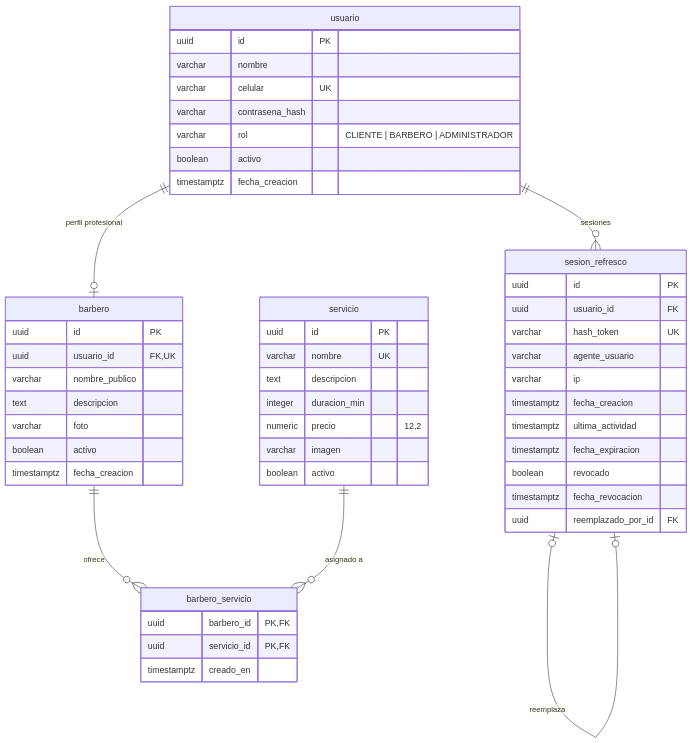
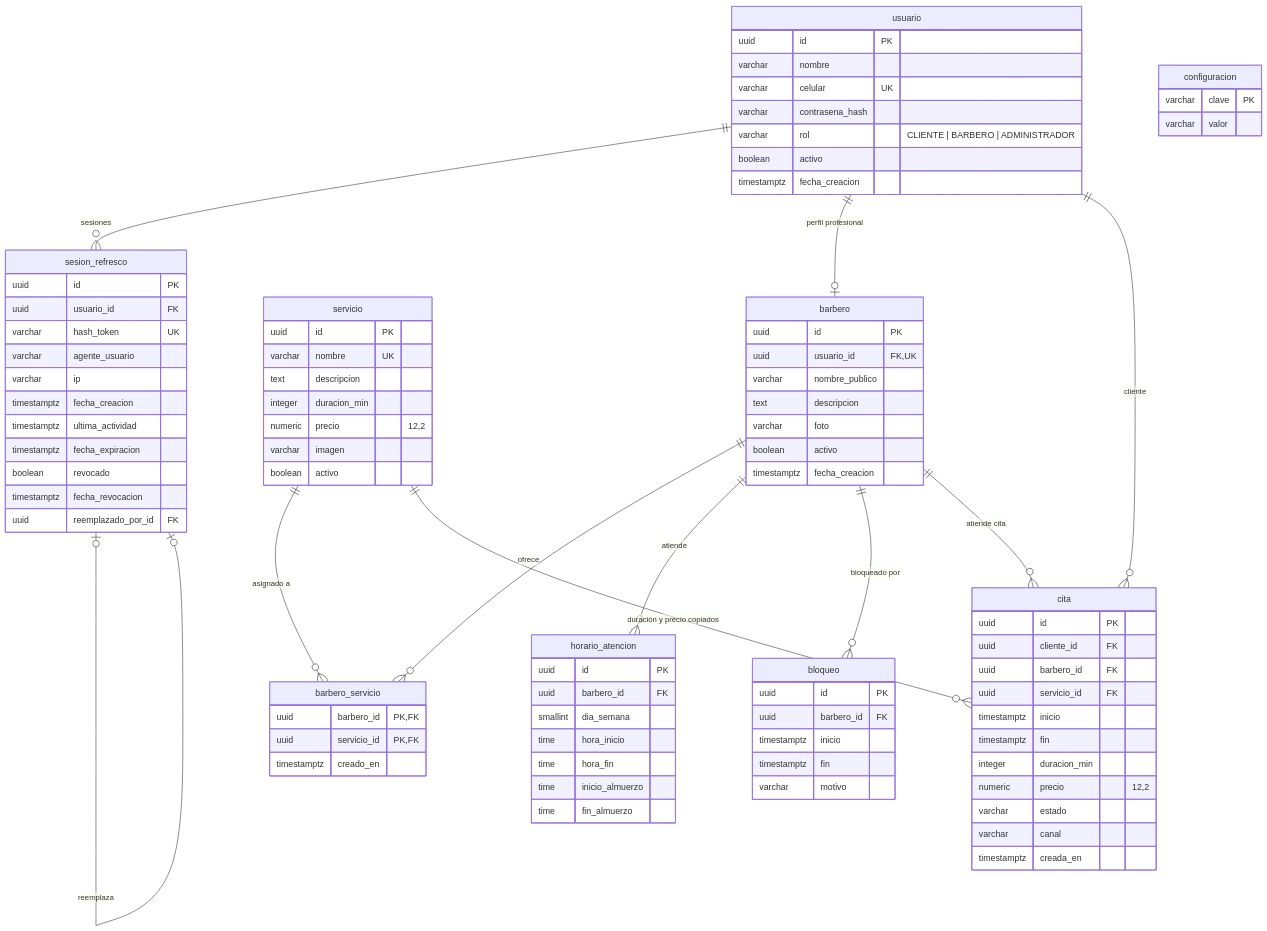
One commit to SantiagoBastidas04/oalbarber changed the diagram in docs/arquitectura/modelo-datos.md. Above: the diagram before and after it, drawn with Mermaid. The commit also changed other lines of this file and 52 other files, not shown here.

````diff
--- a/docs/arquitectura/modelo-datos.md
+++ b/docs/arquitectura/modelo-datos.md
@@ -64,9 +63,51 @@
         timestamptz creado_en
     }
 
+    horario_atencion {
+        uuid id PK
+        uuid barbero_id FK
+        smallint dia_semana
+        time hora_inicio
+        time hora_fin
+        time inicio_almuerzo
+        time fin_almuerzo
+    }
+
+    bloqueo {
+        uuid id PK
+        uuid barbero_id FK
+        timestamptz inicio
+        timestamptz fin
+        varchar motivo
+    }
+
+    configuracion {
+        varchar clave PK
+        varchar valor
+    }
+
+    cita {
+        uuid id PK
+        uuid cliente_id FK
+        uuid barbero_id FK
+        uuid servicio_id FK
+        timestamptz inicio
+        timestamptz fin
+        integer duracion_min
+        numeric precio "12,2"
+        varchar estado
+        varchar canal
+        timestamptz creada_en
+    }
+
     usuario ||--o{ sesion_refresco : "sesiones"
     sesion_refresco o|--o| sesion_refresco : "reemplaza"
     usuario ||--o| barbero : "perfil profesional"
     barbero ||--o{ barbero_servicio : "ofrece"
     servicio ||--o{ barbero_servicio : "asignado a"
+    barbero ||--o{ horario_atencion : "atiende"
+    barbero ||--o{ bloqueo : "bloqueado por"
+    usuario ||--o{ cita : "cliente"
+    barbero ||--o{ cita : "atiende cita"
+    servicio ||--o{ cita : "duración y precio copiados"
 ```
````
